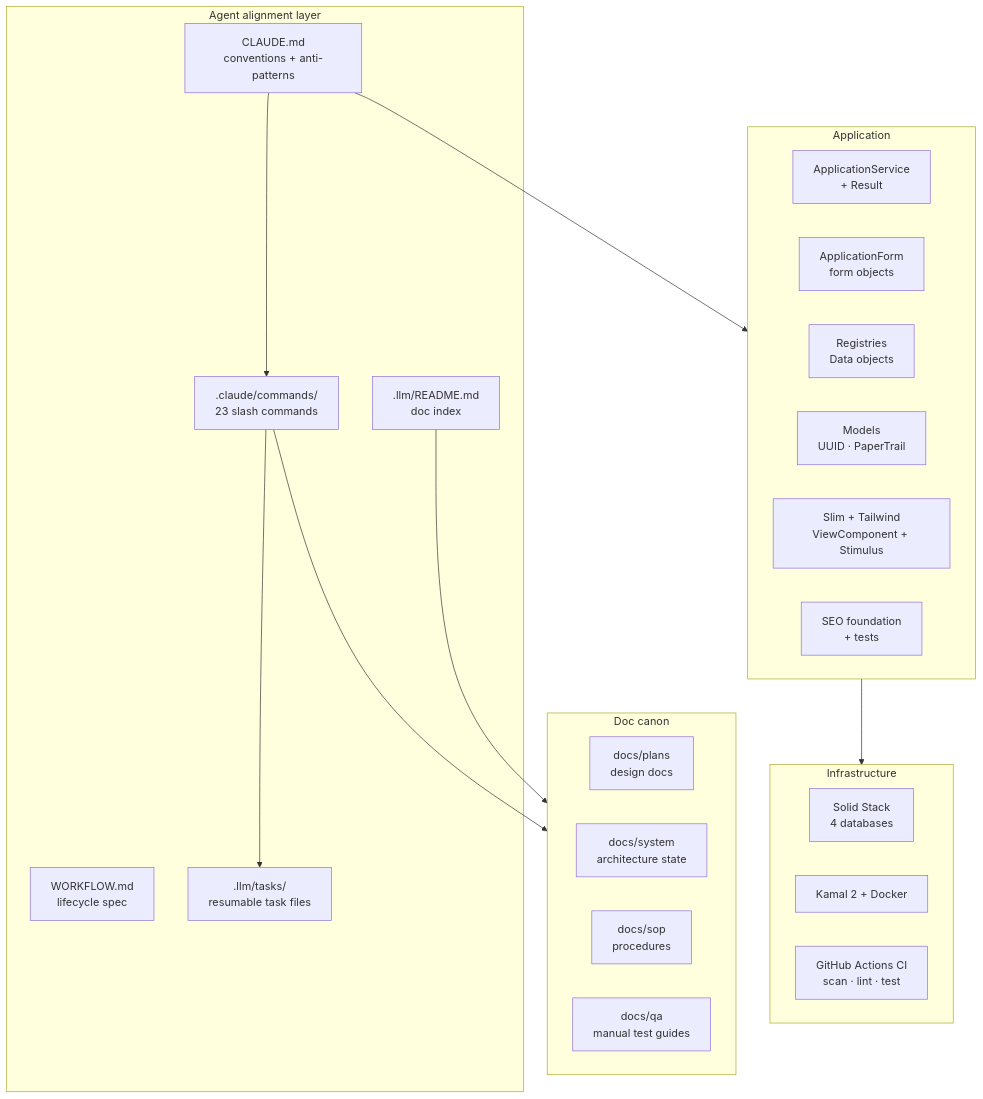
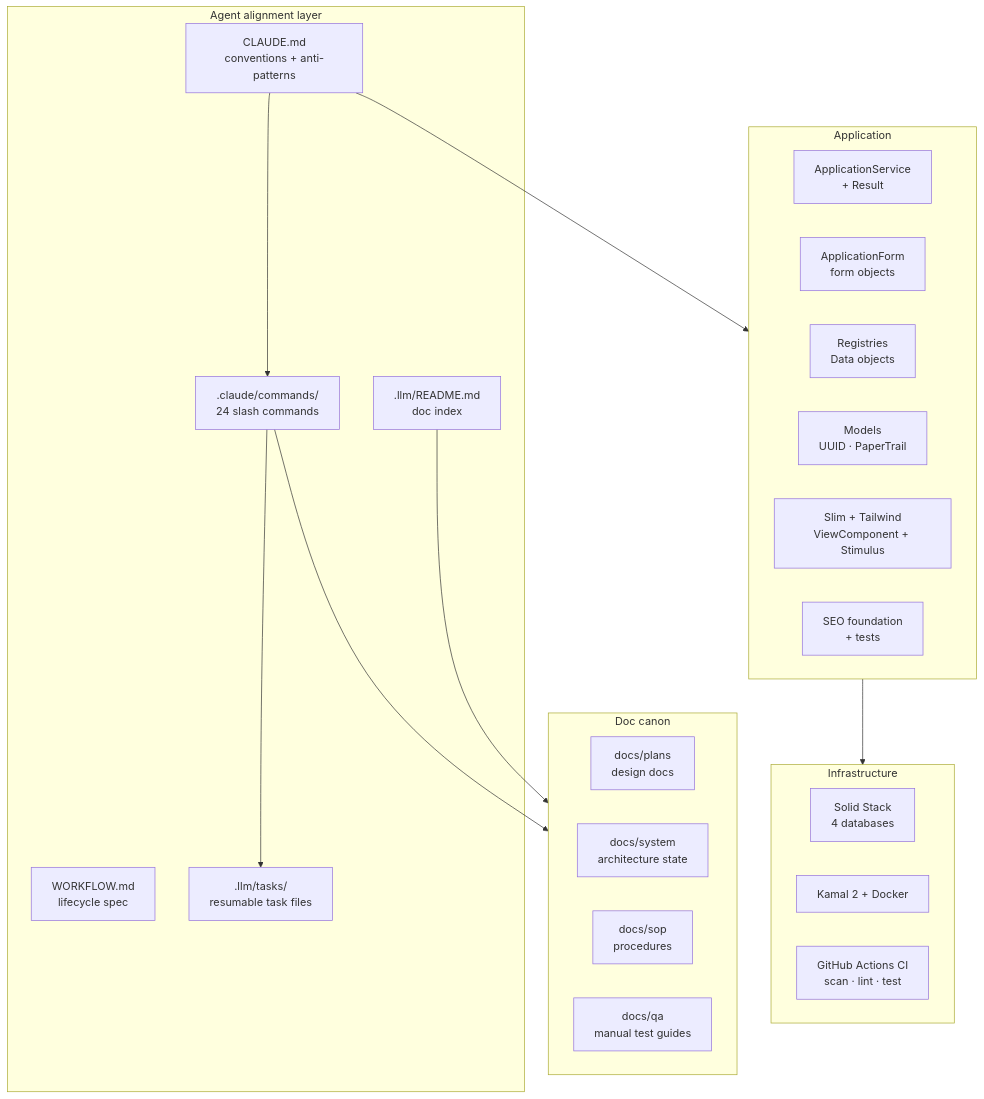
One commit to PositiveControl/rails-rocket-sheep changed the first of 3 diagrams in docs/inventory.md. Above: the diagram before and after it, drawn with Mermaid. The commit also changed other lines of this file and 42 other files, not shown here.

````diff
--- a/docs/inventory.md
+++ b/docs/inventory.md
@@ -11,39 +11,39 @@
 ```mermaid
 flowchart TB
   subgraph AGENT ["Agent alignment layer"]
     CM["CLAUDE.md<br/>conventions + anti-patterns"]
     WF["WORKFLOW.md<br/>lifecycle spec"]
-    CMD[".claude/commands/<br/>23 slash commands"]
+    CMD[".claude/commands/<br/>24 slash commands"]
     IDX[".llm/README.md<br/>doc index"]
     TSK[".llm/tasks/<br/>resumable task files"]
   end
 
   subgraph DOCS ["Doc canon"]
     DP["docs/plans<br/>design docs"]
     DSY["docs/system<br/>architecture state"]
     DSO["docs/sop<br/>procedures"]
     DQ["docs/qa<br/>manual test guides"]
   end
 
   subgraph APP ["Application"]
     SVC["ApplicationService<br/>+ Result"]
     FRM["ApplicationForm<br/>form objects"]
     REG["Registries<br/>Data objects"]
     MOD["Models<br/>UUID · PaperTrail"]
     VW["Slim + Tailwind<br/>ViewComponent + Stimulus"]
     SEO["SEO foundation<br/>+ tests"]
   end
 
   subgraph INFRA ["Infrastructure"]
     SOLID["Solid Stack<br/>4 databases"]
     KAM["Kamal 2 + Docker"]
     CI["GitHub Actions CI<br/>scan · lint · test"]
   end
 
   CM --> CMD
   CMD --> DOCS
   CMD --> TSK
   IDX --> DOCS
   CM --> APP
   APP --> INFRA
 ```
````
